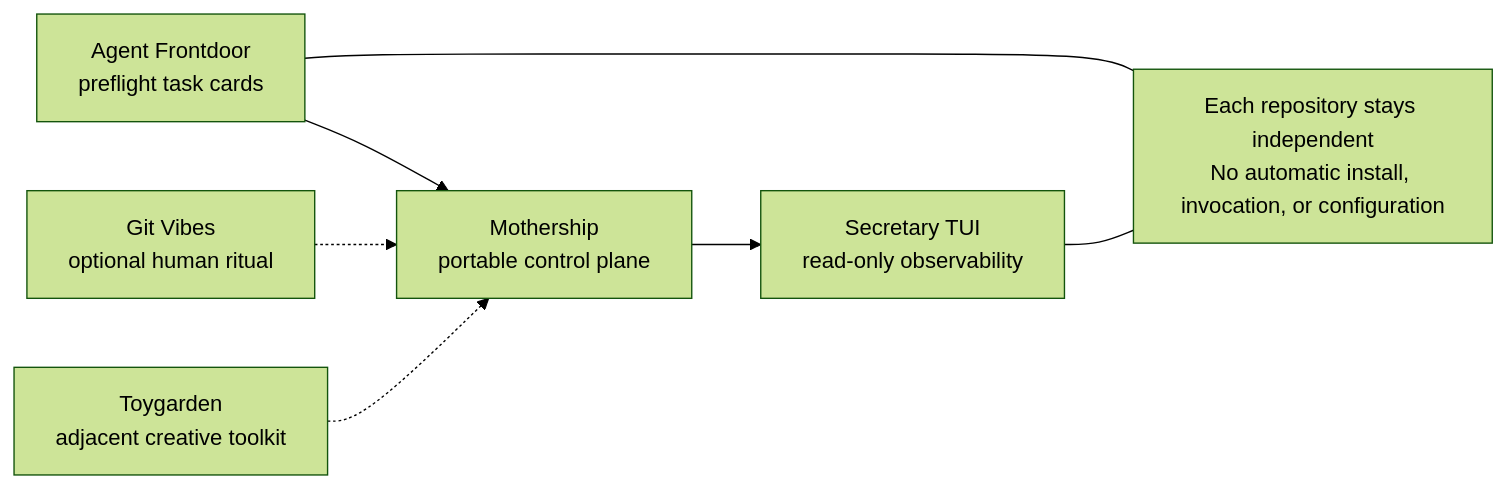
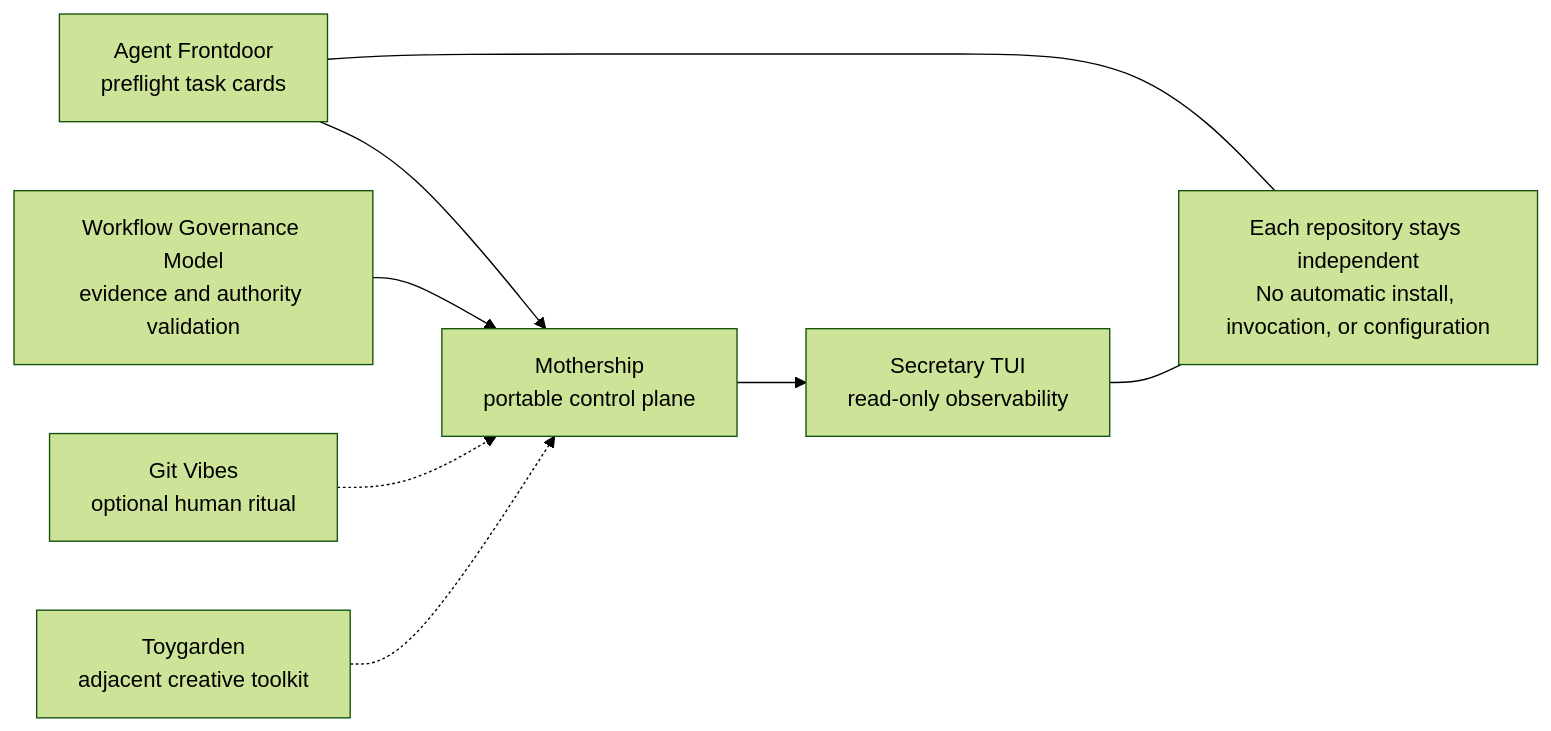
One commit to UMEBOSHIISAN/mothership changed the second of 2 diagrams in README.md. Above: the diagram before and after it, drawn with Mermaid (forest theme). The commit also changed other lines of this file and 5 other files, not shown here.

Commit message:
docs: connect released governance model

````diff
--- a/README.md
+++ b/README.md
@@ -142,10 +142,11 @@
 ```mermaid
 flowchart LR
     frontdoor[Agent Frontdoor\npreflight task cards] --> mothership[Mothership\nportable control plane]
+    governance[Workflow Governance Model\nevidence and authority validation] --> mothership
     mothership --> secretary[Secretary TUI\nread-only observability]
     vibes[Git Vibes\noptional human ritual] -.-> mothership
     garden[Toygarden\nadjacent creative toolkit] -.-> mothership
     note[Each repository stays independent\nNo automatic install, invocation, or configuration]
     frontdoor --- note
     secretary --- note
 ```
````
